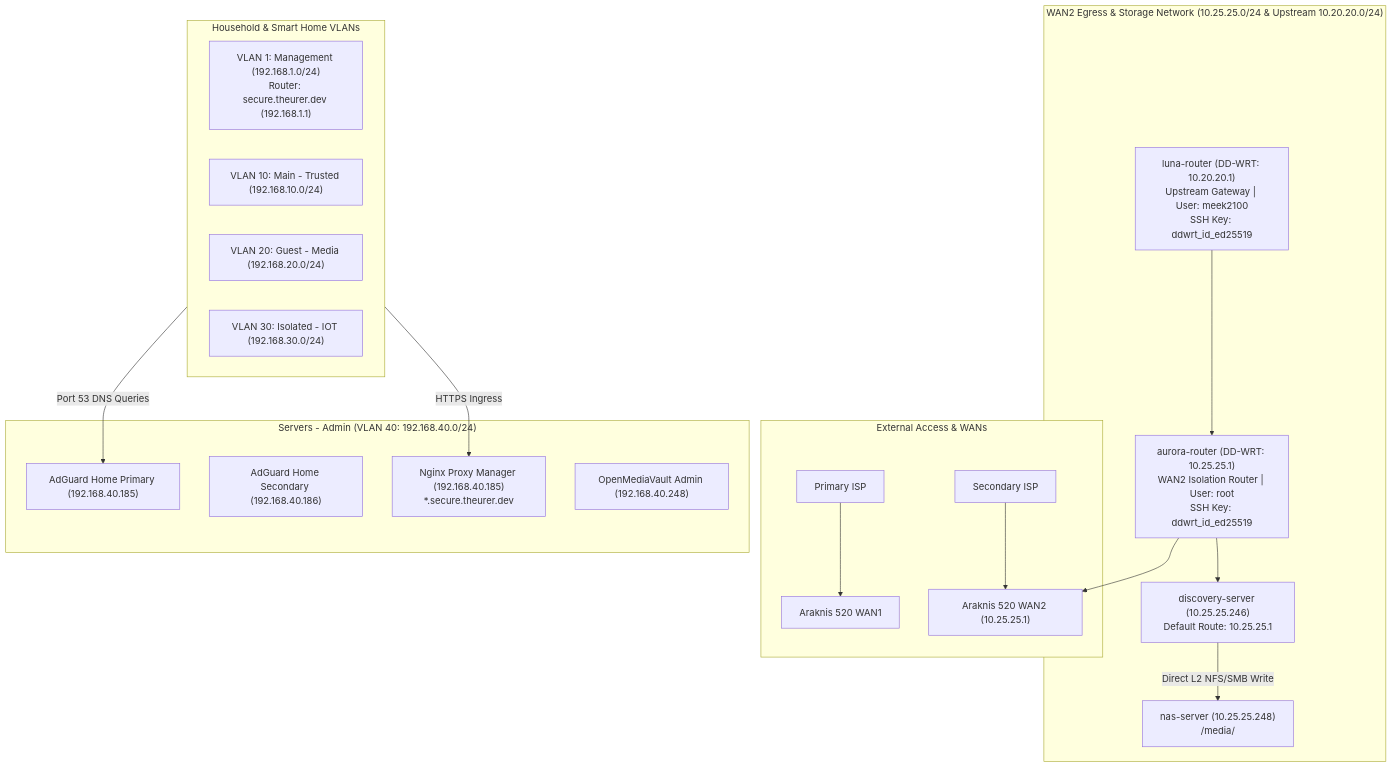
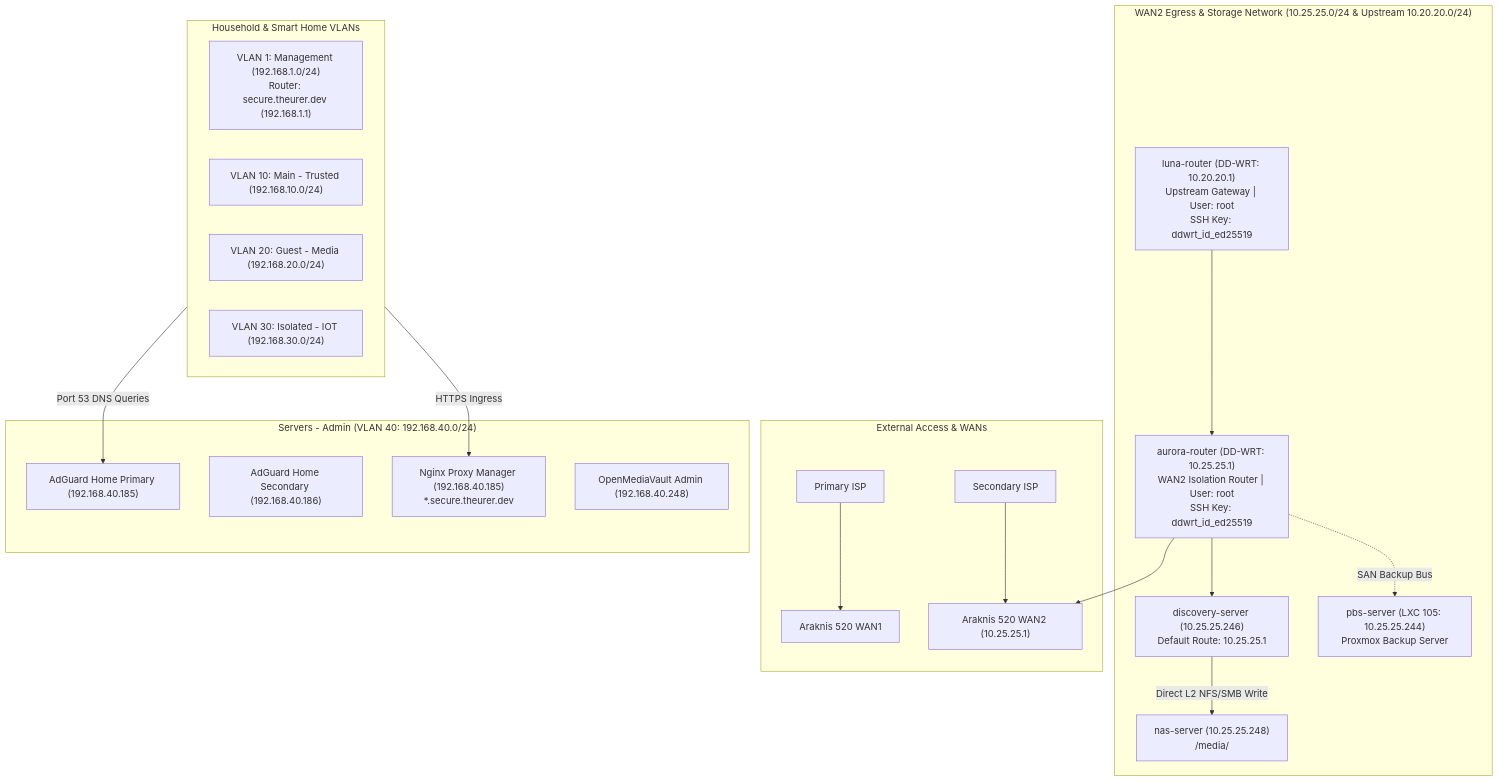
One commit to meek2100/homelab-infrastructure changed the first of 2 diagrams in docs/architecture/network-topology.md. Above: the diagram before and after it, drawn with Mermaid. The commit also changed other lines of this file and 10 other files, not shown here.

````diff
--- a/docs/architecture/network-topology.md
+++ b/docs/architecture/network-topology.md
@@ -164,34 +164,35 @@
 ```mermaid
 graph TD
     subgraph WAN ["External Access & WANs"]
         ISP1["Primary ISP"] --> WAN1["Araknis 520 WAN1"]
         ISP2["Secondary ISP"] --> WAN2["Araknis 520 WAN2 (10.25.25.1)"]
     end
 
     subgraph CoreVLAN40 ["Servers - Admin (VLAN 40: 192.168.40.0/24)"]
         AG1["AdGuard Home Primary (192.168.40.185)"]
         AG2["AdGuard Home Secondary (192.168.40.186)"]
         NPM["Nginx Proxy Manager (192.168.40.185)<br>*.secure.theurer.dev"]
         NAS_MGMT["OpenMediaVault Admin (192.168.40.248)"]
     end
 
     subgraph WAN2_DDWRT ["WAN2 Egress & Storage Network (10.25.25.0/24 & Upstream 10.20.20.0/24)"]
-        LUNA_R["luna-router (DD-WRT: 10.20.20.1)<br>Upstream Gateway | User: meek2100<br>SSH Key: ddwrt_id_ed25519"]
+        LUNA_R["luna-router (DD-WRT: 10.20.20.1)<br>Upstream Gateway | User: root<br>SSH Key: ddwrt_id_ed25519"]
         AURORA_R["aurora-router (DD-WRT: 10.25.25.1)<br>WAN2 Isolation Router | User: root<br>SSH Key: ddwrt_id_ed25519"]
         
         LUNA_R --> AURORA_R
         AURORA_R --> WAN2
         AURORA_R --> DS["discovery-server (10.25.25.246)<br>Default Route: 10.25.25.1"]
         DS -- Direct L2 NFS/SMB Write --> NAS_DATA["nas-server (10.25.25.248)<br>/media/"]
+        AURORA_R -. SAN Backup Bus .-> PBS["pbs-server (LXC 105: 10.25.25.244)<br>Proxmox Backup Server"]
     end
 
     subgraph VLANs ["Household & Smart Home VLANs"]
         V1["VLAN 1: Management (192.168.1.0/24)<br>Router: secure.theurer.dev (192.168.1.1)"]
         V10["VLAN 10: Main - Trusted (192.168.10.0/24)"]
         V20["VLAN 20: Guest - Media (192.168.20.0/24)"]
         V30["VLAN 30: Isolated - IOT (192.168.30.0/24)"]
     end
 
     VLANs -- Port 53 DNS Queries --> AG1
     VLANs -- HTTPS Ingress --> NPM
 ```
````
